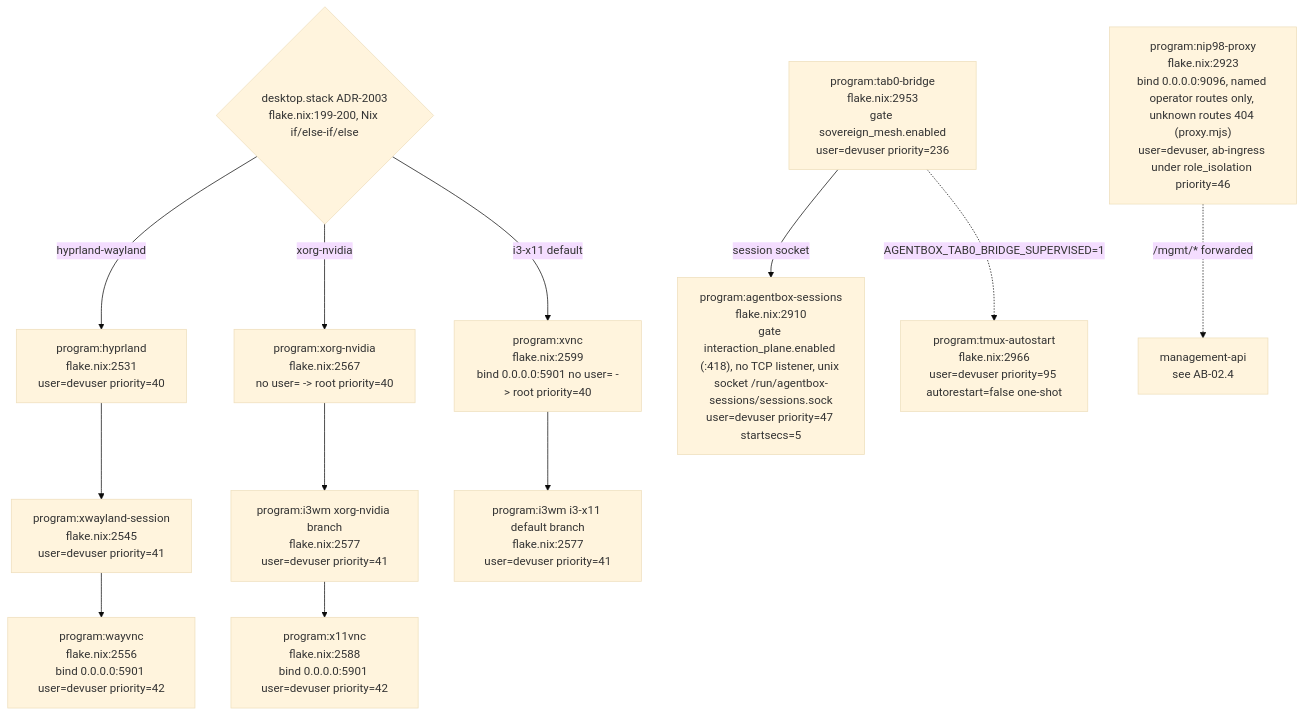
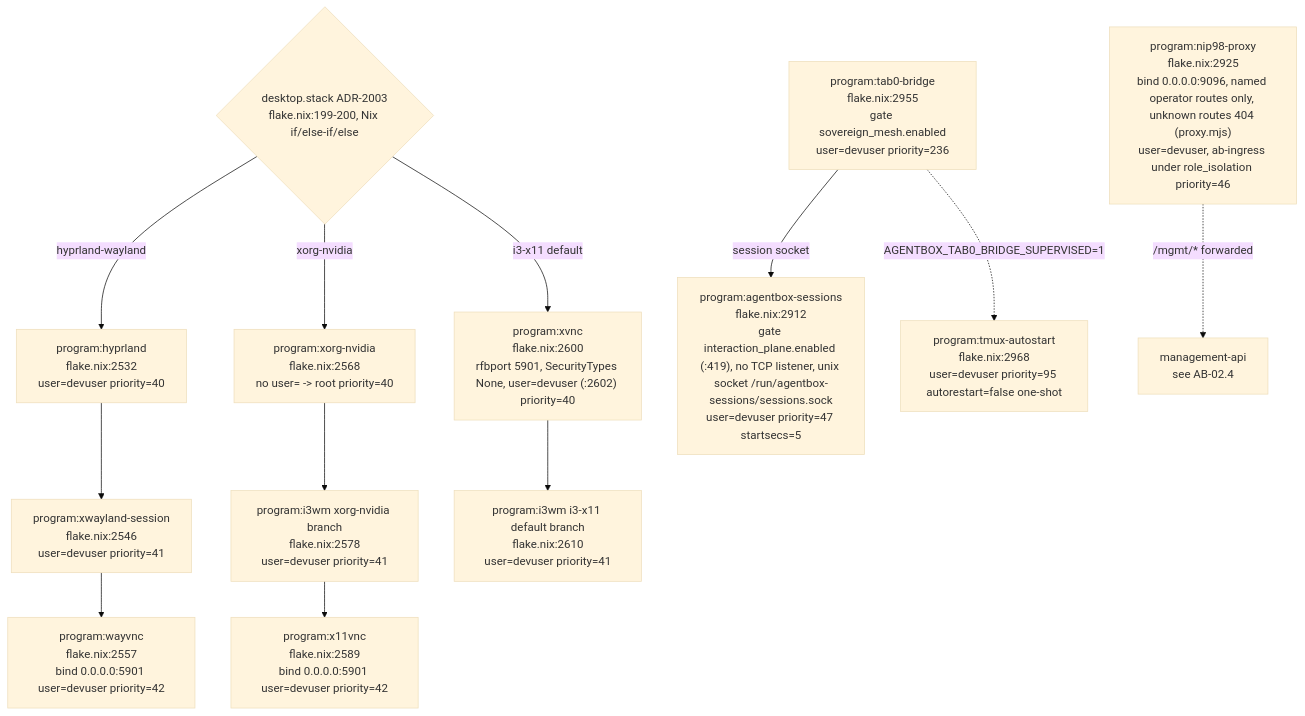
Before and after one commit to DreamLab-AI/VisionFlow: the sixth of 21 diagrams in docs/diagrams/agentbox/02-boot-sequence-and-readiness.md, drawn with Mermaid (base theme). The commit also changed other lines of this file and 173 other files, not shown here.

````diff
--- a/docs/diagrams/agentbox/02-boot-sequence-and-readiness.md
+++ b/docs/diagrams/agentbox/02-boot-sequence-and-readiness.md
@@ -336,23 +333,23 @@
 ```mermaid
 flowchart TB
     GATESTACK{"desktop.stack ADR-2003<br/>flake.nix:199-200, Nix if/else-if/else"}
-    HYPR["program:hyprland<br/>flake.nix:2531<br/>user=devuser priority=40"]
-    XWAY["program:xwayland-session<br/>flake.nix:2545<br/>user=devuser priority=41"]
-    WAYVNC["program:wayvnc<br/>flake.nix:2556<br/>bind 0.0.0.0:5901 user=devuser priority=42"]
-    XORG["program:xorg-nvidia<br/>flake.nix:2567<br/>no user= -&gt; root priority=40"]
-    I3A["program:i3wm xorg-nvidia branch<br/>flake.nix:2577<br/>user=devuser priority=41"]
-    X11VNC["program:x11vnc<br/>flake.nix:2588<br/>bind 0.0.0.0:5901 user=devuser priority=42"]
-    XVNC["program:xvnc<br/>flake.nix:2599<br/>bind 0.0.0.0:5901 no user= -&gt; root priority=40"]
-    I3B["program:i3wm i3-x11 default branch<br/>flake.nix:2577<br/>user=devuser priority=41"]
-    SESS["program:agentbox-sessions<br/>flake.nix:2910<br/>gate interaction_plane.enabled (:418), no TCP listener, unix socket /run/agentbox-sessions/sessions.sock<br/>user=devuser priority=47 startsecs=5"]
-    NIP98["program:nip98-proxy<br/>flake.nix:2923<br/>bind 0.0.0.0:9096, named operator routes only, unknown routes 404 (proxy.mjs)<br/>user=devuser, ab-ingress under role_isolation priority=46"]
-    TAB0["program:tab0-bridge<br/>flake.nix:2953<br/>gate sovereign_mesh.enabled<br/>user=devuser priority=236"]
-    TMUX["program:tmux-autostart<br/>flake.nix:2966<br/>user=devuser priority=95 autorestart=false one-shot"]
+    HYPR["program:hyprland<br/>flake.nix:2532<br/>user=devuser priority=40"]
+    XWAY["program:xwayland-session<br/>flake.nix:2546<br/>user=devuser priority=41"]
+    WAYVNC["program:wayvnc<br/>flake.nix:2557<br/>bind 0.0.0.0:5901 user=devuser priority=42"]
+    XORG["program:xorg-nvidia<br/>flake.nix:2568<br/>no user= -&gt; root priority=40"]
+    I3A["program:i3wm xorg-nvidia branch<br/>flake.nix:2578<br/>user=devuser priority=41"]
+    X11VNC["program:x11vnc<br/>flake.nix:2589<br/>bind 0.0.0.0:5901 user=devuser priority=42"]
+    XVNC["program:xvnc<br/>flake.nix:2600<br/>rfbport 5901, SecurityTypes None, user=devuser (:2602) priority=40"]
+    I3B["program:i3wm i3-x11 default branch<br/>flake.nix:2610<br/>user=devuser priority=41"]
+    SESS["program:agentbox-sessions<br/>flake.nix:2912<br/>gate interaction_plane.enabled (:419), no TCP listener, unix socket /run/agentbox-sessions/sessions.sock<br/>user=devuser priority=47 startsecs=5"]
+    NIP98["program:nip98-proxy<br/>flake.nix:2925<br/>bind 0.0.0.0:9096, named operator routes only, unknown routes 404 (proxy.mjs)<br/>user=devuser, ab-ingress under role_isolation priority=46"]
+    TAB0["program:tab0-bridge<br/>flake.nix:2955<br/>gate sovereign_mesh.enabled<br/>user=devuser priority=236"]
+    TMUX["program:tmux-autostart<br/>flake.nix:2968<br/>user=devuser priority=95 autorestart=false one-shot"]
 
     GATESTACK -->|"hyprland-wayland"| HYPR --> XWAY --> WAYVNC
     GATESTACK -->|"xorg-nvidia"| XORG --> I3A --> X11VNC
     GATESTACK -->|"i3-x11 default"| XVNC --> I3B
     TAB0 -->|"session socket"| SESS
     NIP98 -.->|"/mgmt/* forwarded"| MGMTREF["management-api<br/>see AB-02.4"]
     TAB0 -.->|"AGENTBOX_TAB0_BRIDGE_SUPERVISED=1"| TMUX
 ```
````
